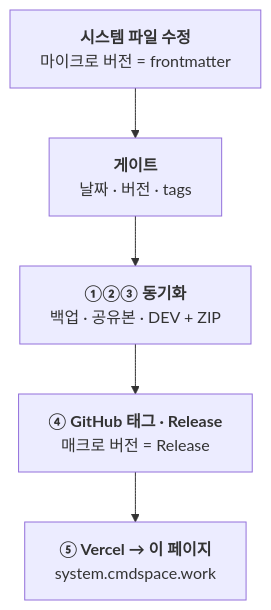
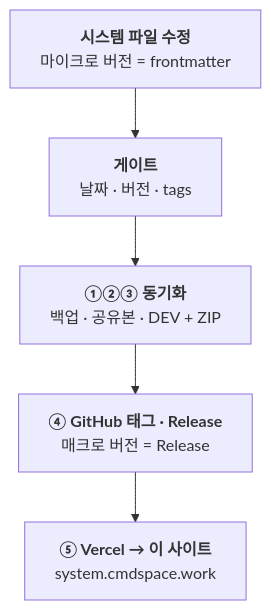
The diagram in diagrams/src/release-flow-ko.md (johnfkoo951/cmds-system-files), drawn with Mermaid before and after one commit. The commit also changed other lines of this file and 20 other files, not shown here.

Commit message:
site: diagrams after reviewer pass (tighter labels, one-sentence captions, who-reads-what as flowchart) + copy refresh

````diff
--- a/diagrams/src/release-flow-ko.md
+++ b/diagrams/src/release-flow-ko.md
@@ -1,15 +1,15 @@
 ```mermaid
 flowchart TD
-  %% @name: release-flow-ko
-  %% @alt: 볼트에서 시스템 파일을 고치면 게이트를 지나 백업·공유·DEV 사본으로 동기화되고, GitHub 에 태그·Release 된 뒤 Vercel 이 system.cmdspace.work 에 배포한다. 버전은 두 층으로, 마이크로 버전은 각 파일 frontmatter 에, 매크로 버전은 CHANGELOG 와 GitHub Release 에 있다.
-  %% @key: G, SITE
+%% @name: release-flow-ko
+%% @alt: 볼트에서 시스템 파일을 고치면 게이트를 지나 백업·공유·DEV 사본으로 동기화되고, GitHub에 태그·Release된 뒤 Vercel이 system.cmdspace.work에 배포한다. 버전은 두 층으로, 마이크로 버전은 각 파일 frontmatter에, 매크로 버전은 CHANGELOG와 GitHub Release에 있다.
+%% @key: G, SITE
   E["`**시스템 파일 수정**
 마이크로 버전 = frontmatter`"] --> G["`**게이트**
 날짜 · 버전 · tags`"]
   G --> SYNC["`**①②③ 동기화**
 백업 · 공유본 · DEV + ZIP`"]
   SYNC --> GH["`**④ GitHub 태그 · Release**
 매크로 버전 = Release`"]
-  GH --> SITE["`**⑤ Vercel → 이 페이지**
+  GH --> SITE["`**⑤ Vercel → 이 사이트**
 system.cmdspace.work`"]
 ```
````
